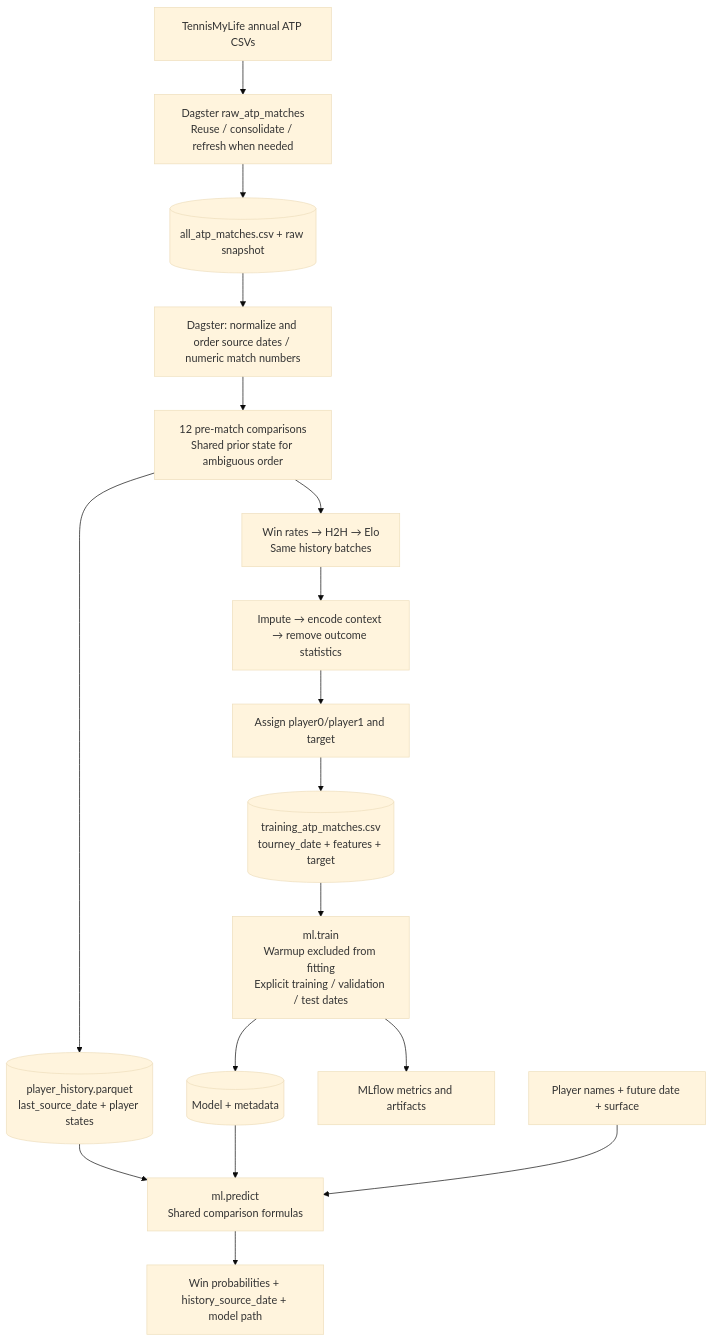
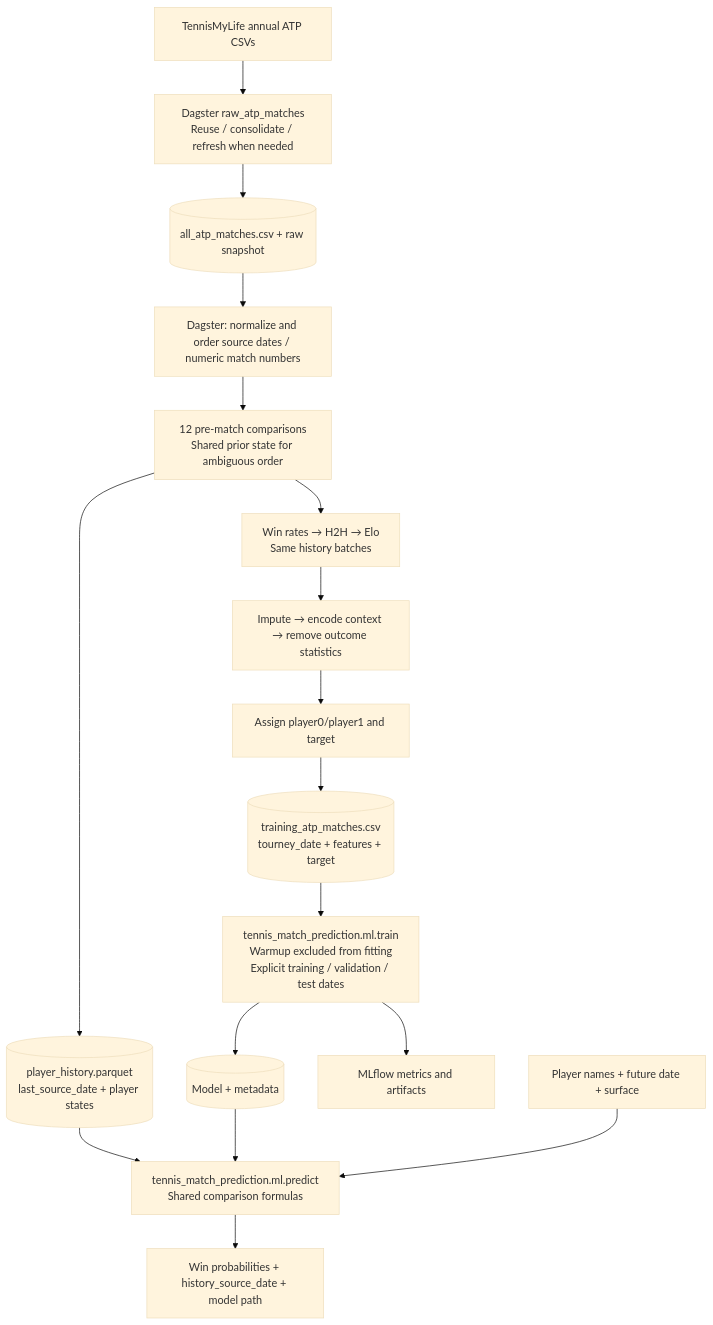
Before and after one commit to davialmeida135/tennis-match-prediction: the diagram in docs/project-diagram.md, drawn with Mermaid (base theme). The commit also changed 47 other files, not shown here.

````diff
--- a/docs/project-diagram.md
+++ b/docs/project-diagram.md
@@ -3,19 +3,19 @@
 ```mermaid
 flowchart TB
     source["TennisMyLife annual ATP CSVs"] --> refresh["Dagster raw_atp_matches<br/>Reuse / consolidate / refresh when needed"]
     refresh --> raw[("all_atp_matches.csv + raw snapshot")]
     raw --> normalize["Dagster: normalize and order source dates / numeric match numbers"]
     normalize --> comparisons["12 pre-match comparisons<br/>Shared prior state for ambiguous order"]
     comparisons --> history[("player_history.parquet<br/>last_source_date + player states")]
     comparisons --> extras["Win rates → H2H → Elo<br/>Same history batches"]
     extras --> curate["Impute → encode context → remove outcome statistics"]
     curate --> rows["Assign player0/player1 and target"]
     rows --> training[("training_atp_matches.csv<br/>tourney_date + features + target")]
-    training --> train["ml.train<br/>Warmup excluded from fitting<br/>Explicit training / validation / test dates"]
+    training --> train["tennis_match_prediction.ml.train<br/>Warmup excluded from fitting<br/>Explicit training / validation / test dates"]
     train --> model[("Model + metadata")]
     train --> tracking["MLflow metrics and artifacts"]
-    history --> predict["ml.predict<br/>Shared comparison formulas"]
+    history --> predict["tennis_match_prediction.ml.predict<br/>Shared comparison formulas"]
     model --> predict
     request["Player names + future date + surface"] --> predict
     predict --> output["Win probabilities + history_source_date + model path"]
 ```
````
